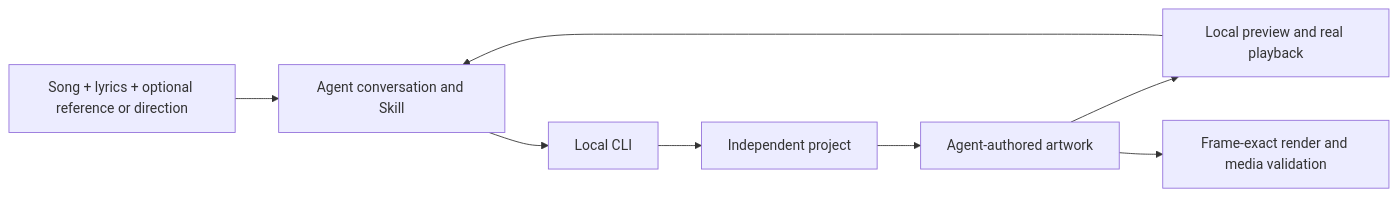
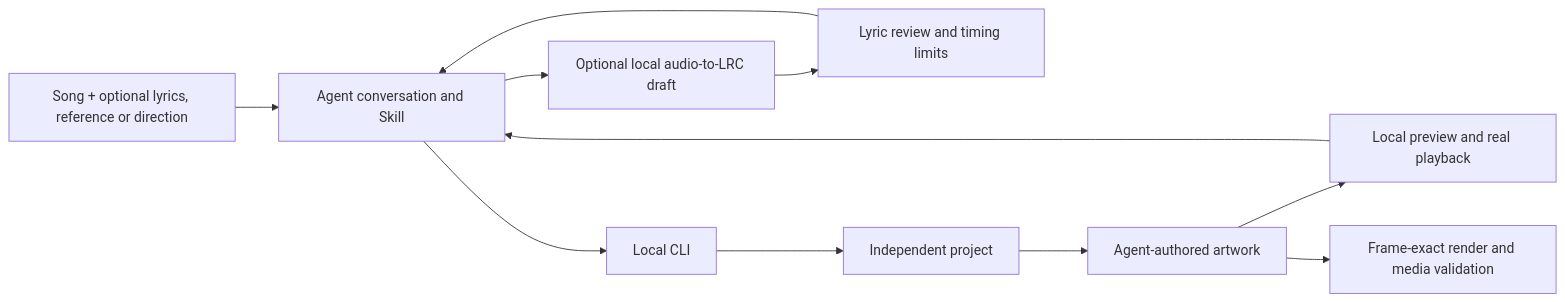
Before and after one commit to hongmanjie/Lyric-Motion: the diagram in docs/architecture.md, drawn with Mermaid. The commit also changed other lines of this file and 53 other files, not shown here.

Commit message:
Add vocal showcase and local lyrics transcription

````diff
--- a/docs/architecture.md
+++ b/docs/architecture.md
@@ -5,10 +5,13 @@
 ```mermaid
 flowchart LR
-    U[Song + lyrics + optional reference or direction] --> A[Agent conversation and Skill]
+    U[Song + optional lyrics, reference or direction] --> A[Agent conversation and Skill]
+    A --> L[Optional local audio-to-LRC draft]
+    L --> Q[Lyric review and timing limits]
+    Q --> A
     A --> T[Local CLI]
     T --> P[Independent project]
     P --> C[Agent-authored artwork]
     C --> V[Local preview and real playback]
     V --> A
     C --> R[Frame-exact render and media validation]
 ```
````
